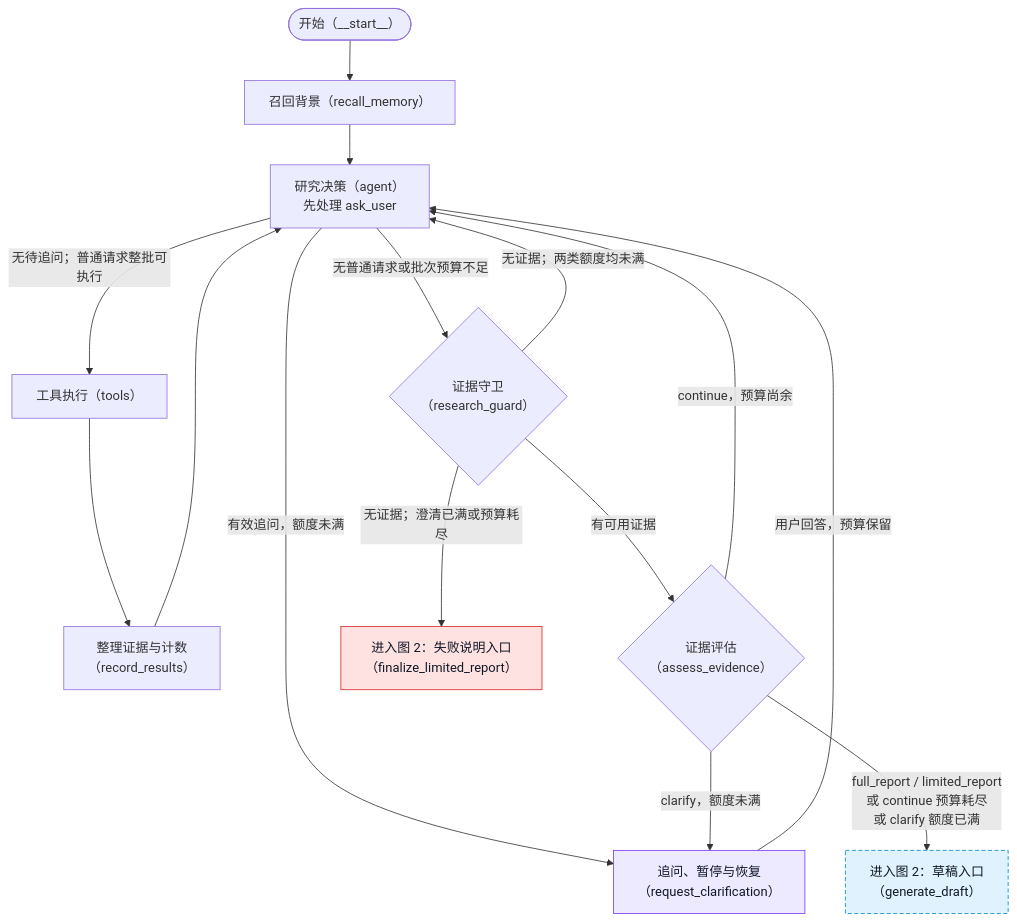
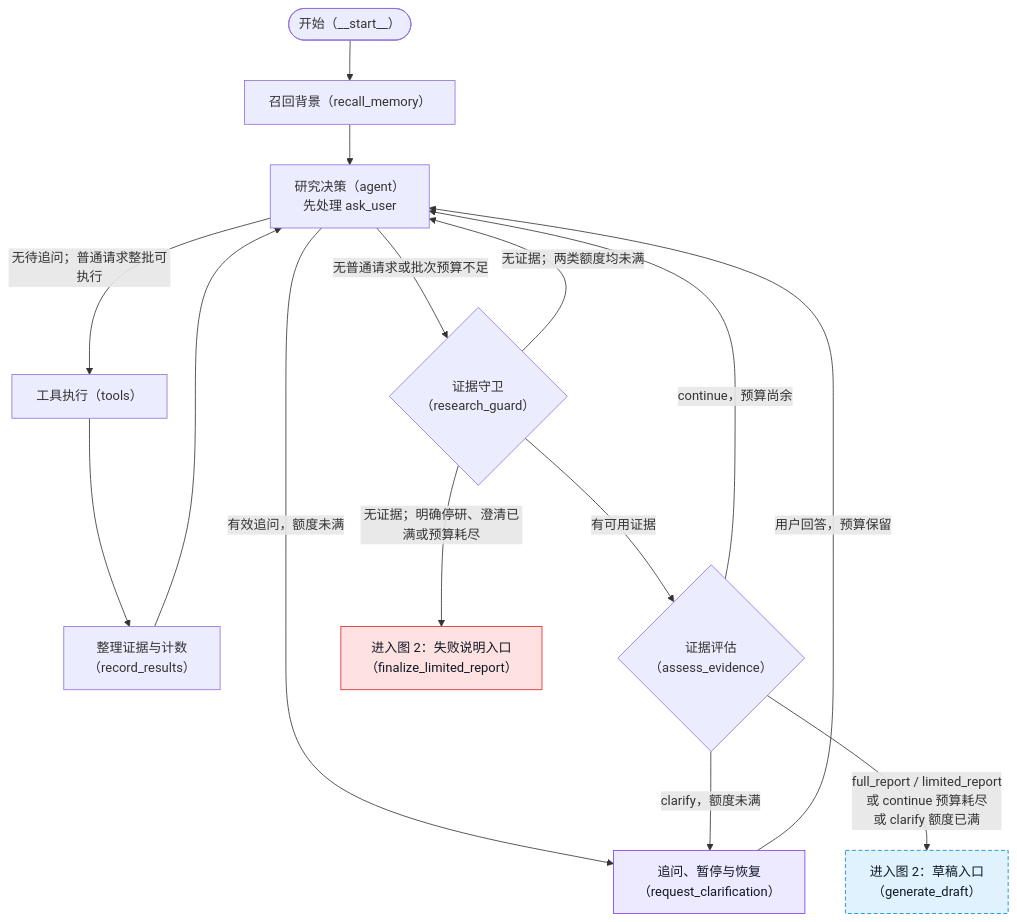
Before and after one commit to Kasensill/autonomous-atmospheric-research-agent: the first of 2 diagrams in README.md, drawn with Mermaid. The commit also changed 23 other files, not shown here.

````diff
--- a/README.md
+++ b/README.md
@@ -90,35 +90,35 @@
 ```mermaid
 flowchart TD
     __start__(["开始（__start__）"])
     recall_memory["召回背景（recall_memory）"]
     agent["研究决策（agent）<br/>先处理 ask_user"]
     tools["工具执行（tools）"]
     record_results["整理证据与计数<br/>（record_results）"]
     research_guard{"证据守卫<br/>（research_guard）"}
     assess_evidence{"证据评估<br/>（assess_evidence）"}
     request_clarification["追问、暂停与恢复<br/>（request_clarification）"]
     generate_draft["进入图 2：草稿入口<br/>（generate_draft）"]
     finalize_limited_report["进入图 2：失败说明入口<br/>（finalize_limited_report）"]
 
     __start__ --> recall_memory
     recall_memory --> agent
     agent -->|"有效追问，额度未满"| request_clarification
     agent -->|"无待追问；普通请求整批可执行"| tools
     agent -->|"无普通请求或批次预算不足"| research_guard
     tools --> record_results
     record_results --> agent
     request_clarification -->|"用户回答，预算保留"| agent
     research_guard -->|"有可用证据"| assess_evidence
-    research_guard -->|"无证据；澄清已满或预算耗尽"| finalize_limited_report
+    research_guard -->|"无证据；明确停研、澄清已满或预算耗尽"| finalize_limited_report
     research_guard -->|"无证据；两类额度均未满"| agent
     assess_evidence -->|"clarify，额度未满"| request_clarification
     assess_evidence -->|"full_report / limited_report<br/>或 continue 预算耗尽<br/>或 clarify 额度已满"| generate_draft
     assess_evidence -->|"continue，预算尚余"| agent
 
     classDef interaction fill:#ede9fe,stroke:#7c3aed,color:#111827
     classDef handoff fill:#e0f2fe,stroke:#0284c7,stroke-dasharray:5 3,color:#111827
     classDef failure fill:#fee2e2,stroke:#dc2626,color:#111827
     class request_clarification interaction
     class generate_draft handoff
     class finalize_limited_report failure
 ```
````
